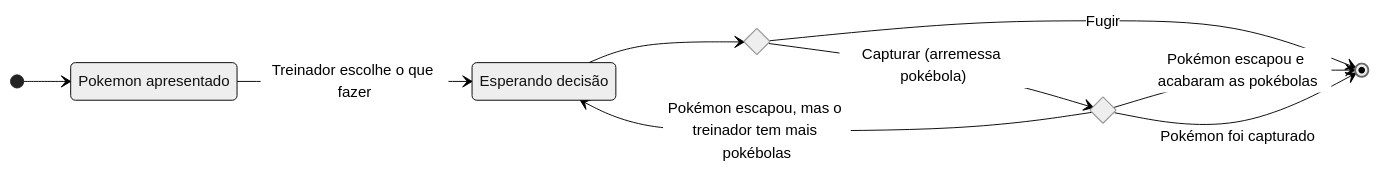
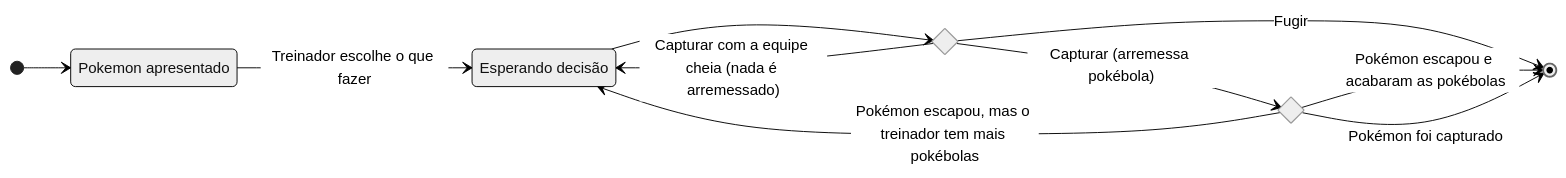
The second of 2 diagrams in _praticas/pp03.md (profBruno-UFC-Qx/oriented-object-programming), drawn with Mermaid (neutral theme) before and after one commit. The commit also changed other lines of this file and 3 other files, not shown here.

````diff
--- a/_praticas/pp03.md
+++ b/_praticas/pp03.md
@@ -226,16 +239,17 @@
 ```mermaid
 stateDiagram-v2
     direction LR
     inicio: Pokemon apresentado
     usuario: Esperando decisão
     state decisao <<choice>>
     state capturou <<choice>>
     [*] --> inicio
     inicio --> usuario: Treinador escolhe o que fazer
     usuario --> decisao
     decisao --> [*]: Fugir
     decisao --> capturou: Capturar (arremessa pokébola)
+    decisao --> usuario: Capturar com a equipe cheia (nada é arremessado)
     capturou --> [*]: Pokémon escapou e acabaram as pokébolas
     capturou --> usuario: Pokémon escapou, mas o treinador tem mais pokébolas
     capturou --> [*]: Pokémon foi capturado
 ```
````
